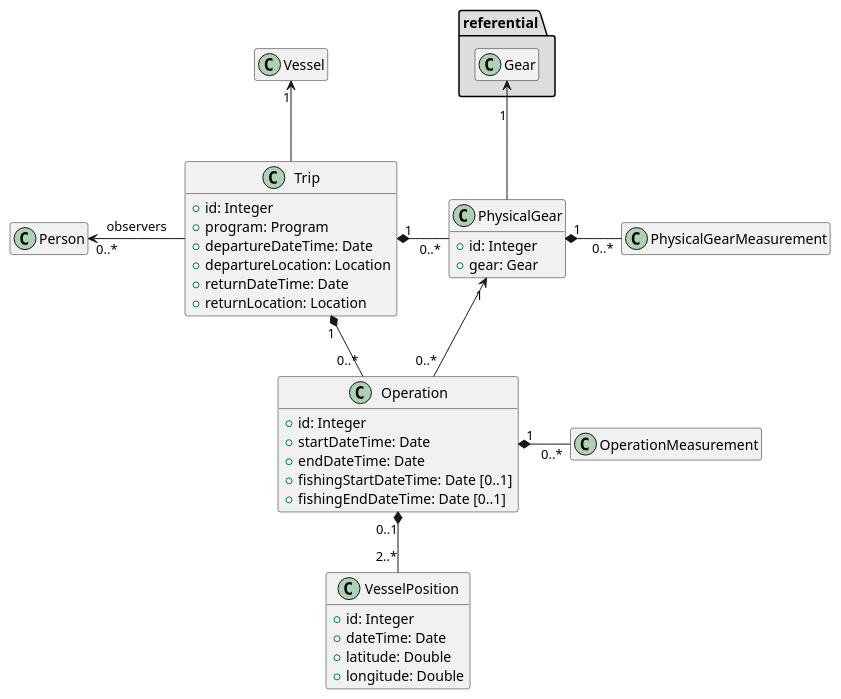
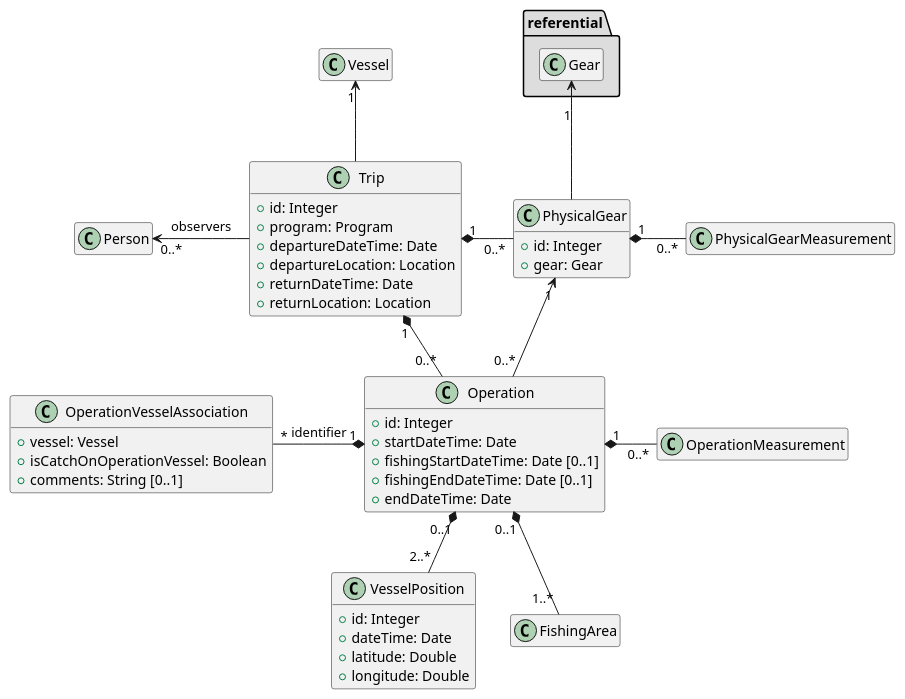
Before and after one commit to sumaris-net/sumaris-doc: the diagram in model/data/trip.puml, drawn with PlantUML.

Commit message:
fix(model/data) Add OperationVesselAssociation class, linked to Operation

```diff
--- a/model/data/trip.puml
+++ b/model/data/trip.puml
@@ -1,51 +1,61 @@
 @startuml
 hide empty members
 
 class Vessel {
 }
 
 class Trip {
   +id: Integer
   +program: Program
   +departureDateTime: Date
   +departureLocation: Location
   +returnDateTime: Date
   +returnLocation: Location
 }
 
 class PhysicalGear {
     +id: Integer
     +gear: Gear
 }
 
 class Operation {
     +id: Integer
     +startDateTime: Date
-    +endDateTime: Date
     +fishingStartDateTime: Date [0..1]
     +fishingEndDateTime: Date [0..1]
+    +endDateTime: Date
 }
 
 class VesselPosition {
     +id: Integer
     +dateTime: Date
     +latitude: Double
     +longitude: Double
+}
+
+class OperationVesselAssociation {
+    +vessel: Vessel
+    +isCatchOnOperationVessel: Boolean
+    +comments: String [0..1]
 }
 
 Trip -up-> "1" Vessel
 Trip "1" *-right- "0..*" Operation
 Trip "1" *-right- "0..*" PhysicalGear : "     "
 Trip -left-> "0..*" Person: "observers"
 
 Operation "1" *-right- "0..*" OperationMeasurement: "     "
 Operation "0..*" -up-> "1" PhysicalGear
 Operation "0..1" *-down- "2..*" VesselPosition
 
+Operation "0..1" *-down- "1..*" FishingArea
+
+Operation "1" *-left- "*" OperationVesselAssociation: identifier
+
 PhysicalGear "1" *-right- "0..*" PhysicalGearMeasurement: "      "
 
 package "referential" #DDDDDD {
     PhysicalGear -up-> "\n1" Gear : "     "
 }
 
 @enduml
```
